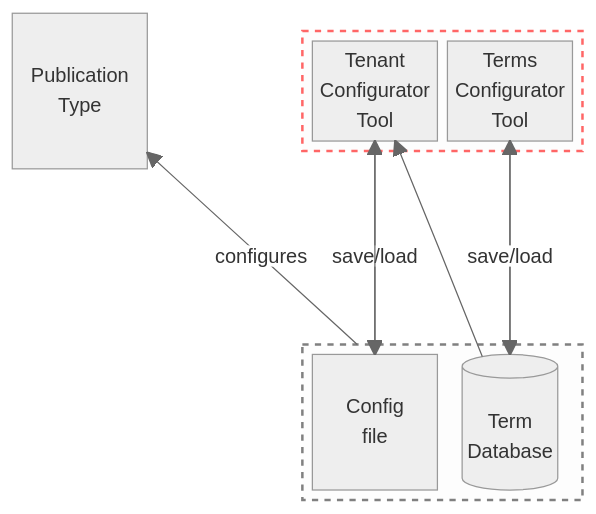
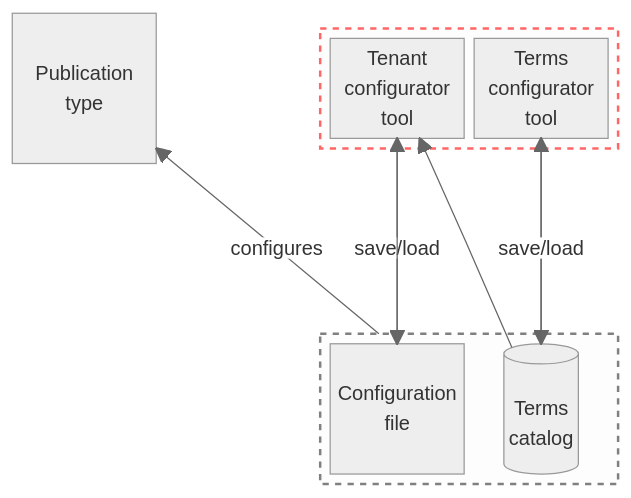
One commit to officialgazette/publication-configurator changed the diagram in README.md. Above: the diagram before and after it, drawn with Mermaid. The commit also changed other lines of this file, not shown here.

````diff
--- a/README.md
+++ b/README.md
@@ -4,42 +6,42 @@
 ```mermaid
 
 %%{
   init: {
     'theme': 'neutral'
   }
 }%%
 
 block-beta
 columns 4
   pubType["Publication
-Type"] space
+type"] space
 block:scope:2
 configTool["Tenant
-Configurator
-Tool"]
+configurator
+tool"]
 termsConfig["Terms
-Configurator
-Tool"]
+configurator
+tool"]
 end
 space:6
 block:outOfScope:2
-Config["Config
+Config["Configuration
 file"]
 termDB[("
-Term
-Database")]
+Terms
+catalog")]
 end
 
 
 Config--"save/load"-->configTool
 configTool-->Config
 termDB-->configTool
 outOfScope--"configures"-->pubType
 termsConfig-->termDB
 termDB--"save/load"-->termsConfig
 
 
 
 style scope stroke:#f66,stroke-width:2px,color:#fff,stroke-dasharray: 5 5
 style outOfScope stroke:grey,stroke-width:2px,color:#fff,stroke-dasharray: 5 5
 ```
````
